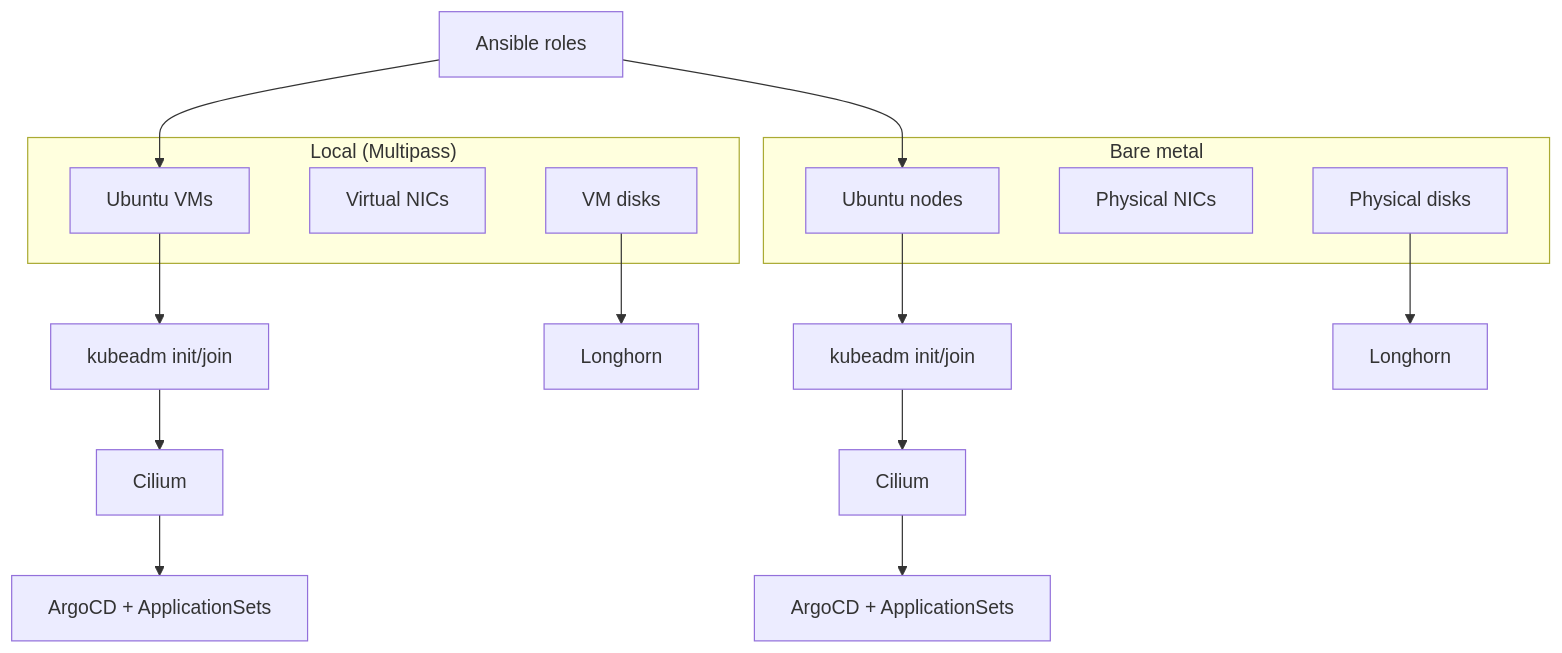
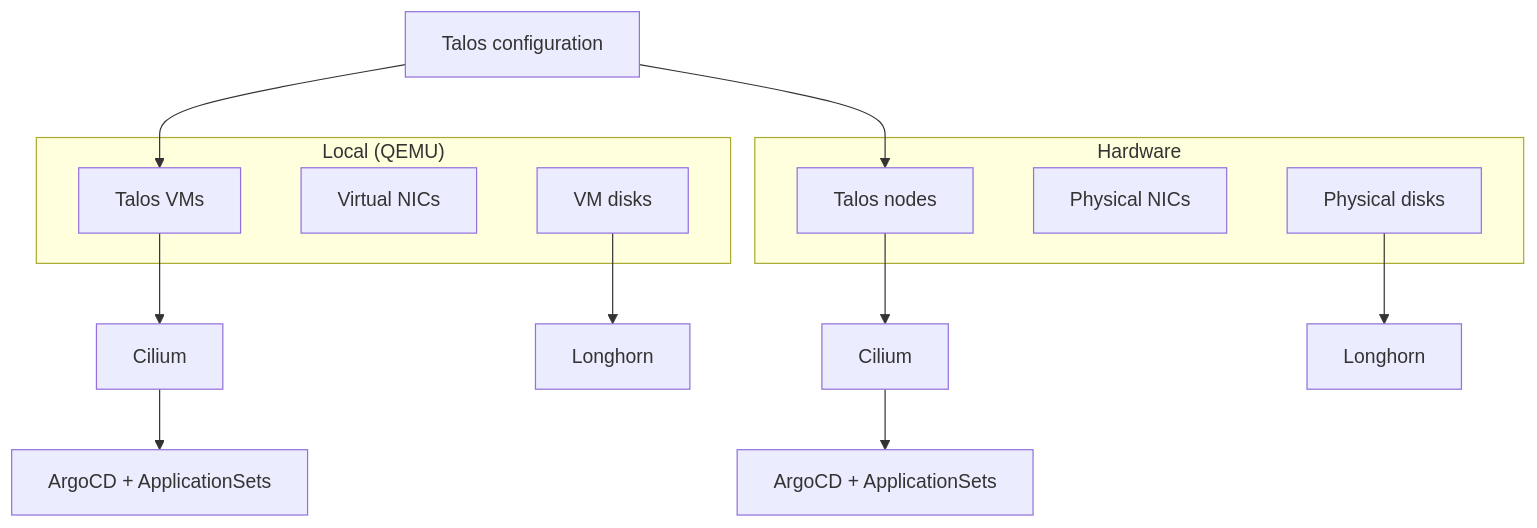
Before and after one commit to nsudhanva/homelab: the second of 2 diagrams in docs/src/content/docs/explanation/local-vs-baremetal.md, drawn with Mermaid. The commit also changed other lines of this file and 80 other files, not shown here.

Commit message:
Talos Linux cutover with Ubuntu 26.04 workstation and version upgrades

````diff
--- a/docs/src/content/docs/explanation/local-vs-baremetal.md
+++ b/docs/src/content/docs/explanation/local-vs-baremetal.md
@@ -32,25 +30,23 @@
 ```mermaid
 flowchart TB
-  subgraph Local["Local (Multipass)"]
-    VMs["Ubuntu VMs"]
+  subgraph Local["Local (QEMU)"]
+    VMs["Talos VMs"]
     VirtualNIC["Virtual NICs"]
     VirtualDisk["VM disks"]
   end
 
-  subgraph Bare["Bare metal"]
-    Nodes["Ubuntu nodes"]
+  subgraph Bare["Hardware"]
+    Nodes["Talos nodes"]
     PhysicalNIC["Physical NICs"]
     PhysicalDisk["Physical disks"]
   end
 
-  Ansible["Ansible roles"] --> VMs
-  Ansible --> Nodes
-  VMs --> KubeadmLocal["kubeadm init/join"]
-  Nodes --> KubeadmBare["kubeadm init/join"]
-  KubeadmLocal --> CiliumLocal["Cilium"]
-  KubeadmBare --> CiliumBare["Cilium"]
+  TalosConfig["Talos configuration"] --> VMs
+  TalosConfig --> Nodes
+  VMs --> CiliumLocal["Cilium"]
+  Nodes --> CiliumBare["Cilium"]
   CiliumLocal --> GitOpsLocal["ArgoCD + ApplicationSets"]
   CiliumBare --> GitOpsBare["ArgoCD + ApplicationSets"]
   VirtualDisk --> LonghornLocal["Longhorn"]
   PhysicalDisk --> LonghornBare["Longhorn"]
 ```
````
